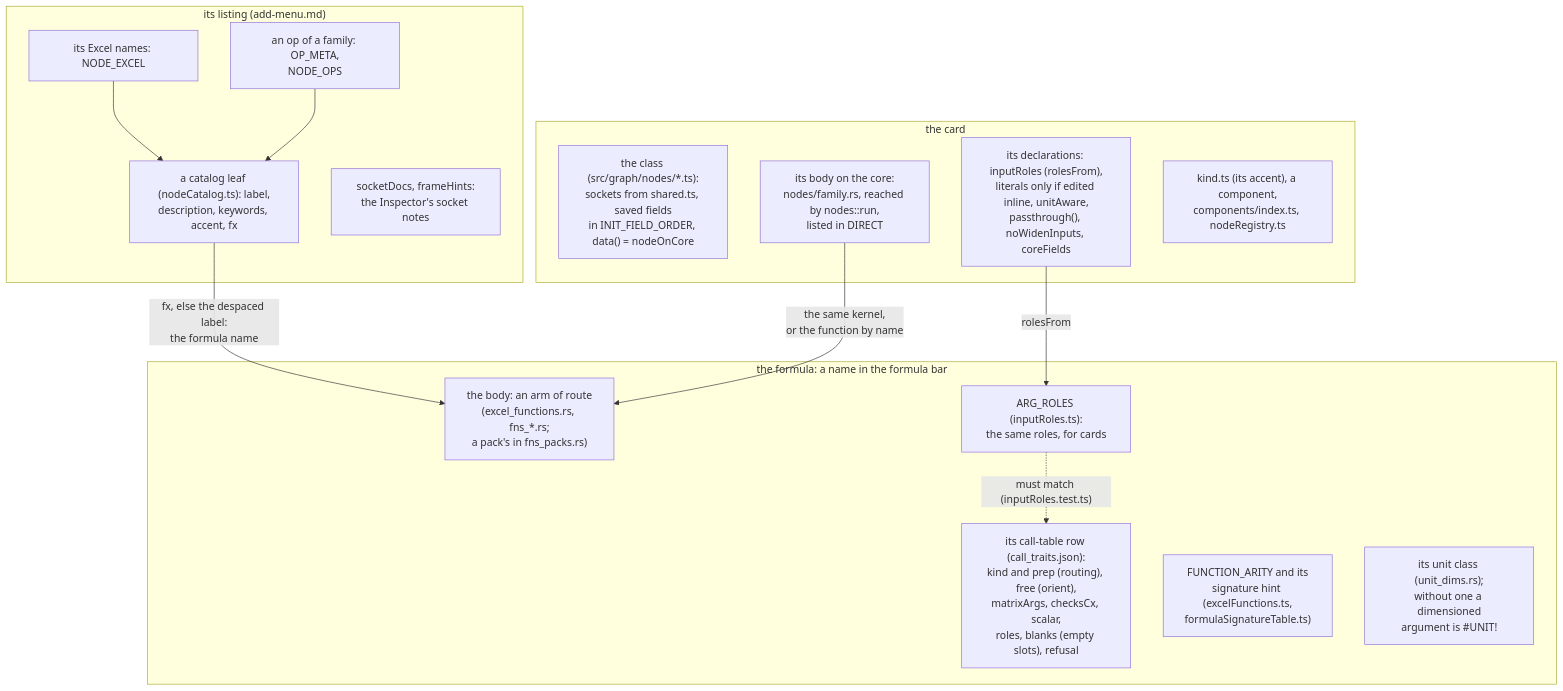
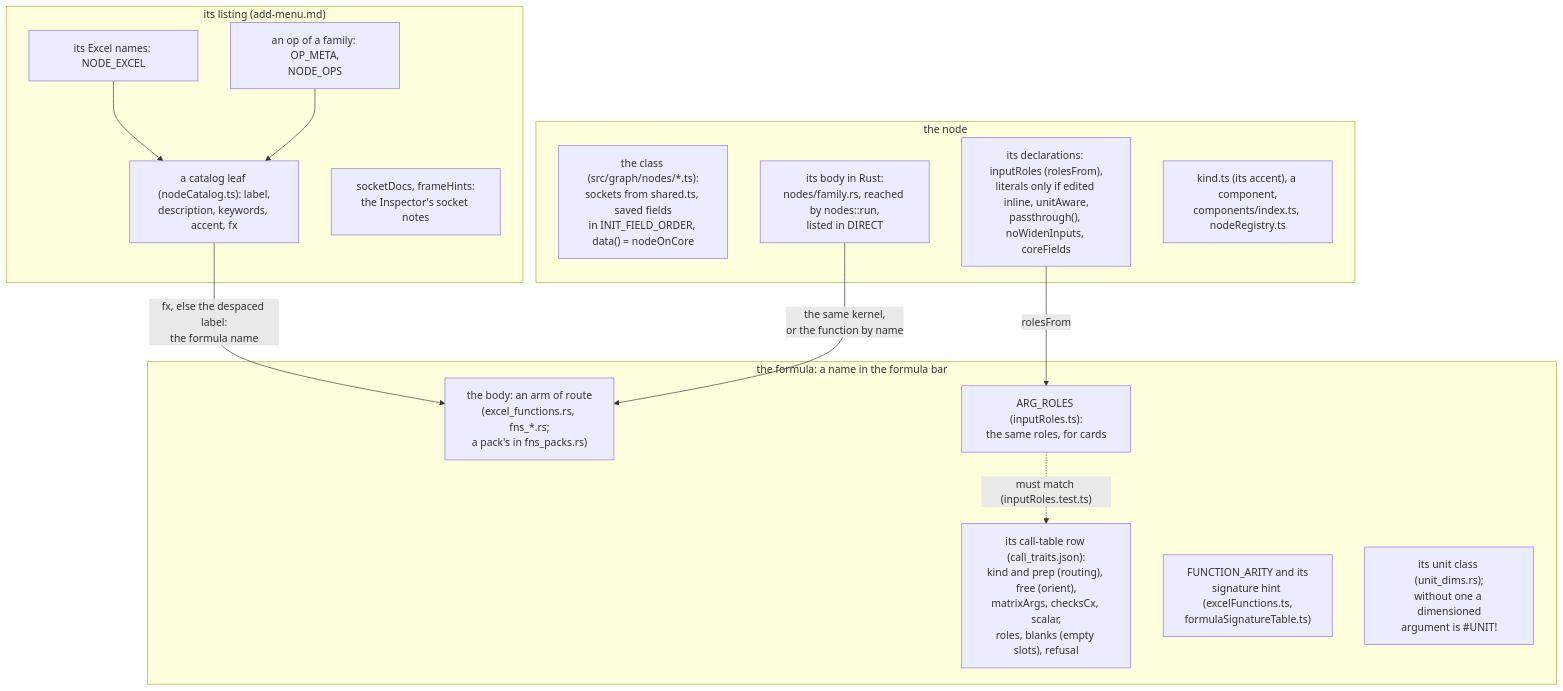
One commit to bubba8587/solenoid changed the second of 5 diagrams in tree/specs/floors/node-classes.md. Above: the diagram before and after it, drawn with Mermaid. The commit also changed other lines of this file and 282 other files, not shown here.

````diff
--- a/tree/specs/floors/node-classes.md
+++ b/tree/specs/floors/node-classes.md
@@ -46,28 +41,28 @@
 ```mermaid
 flowchart TB
     subgraph formula["the formula: a name in the formula bar"]
         fbody["the body: an arm of route<br>(excel_functions.rs, fns_*.rs;<br>a pack's in fns_packs.rs)"]
         traits["its call-table row (call_traits.json):<br>kind and prep (routing), free (orient),<br>matrixArgs, checksCx, scalar,<br>roles, blanks (empty slots), refusal"]
         arity["FUNCTION_ARITY and its<br>signature hint (excelFunctions.ts,<br>formulaSignatureTable.ts)"]
         roles["ARG_ROLES (inputRoles.ts):<br>the same roles, for cards"]
         units["its unit class (unit_dims.rs);<br>without one a dimensioned<br>argument is #UNIT!"]
     end
-    subgraph card["the card"]
+    subgraph card["the node"]
         cls["the class (src/graph/nodes/*.ts):<br>sockets from shared.ts, saved fields<br>in INIT_FIELD_ORDER, data() = nodeOnCore"]
         decl["its declarations: inputRoles (rolesFrom),<br>literals only if edited inline, unitAware,<br>passthrough(), noWidenInputs, coreFields"]
-        cbody["its body on the core:<br>nodes/family.rs, reached by nodes::run,<br>listed in DIRECT"]
+        cbody["its body in Rust:<br>nodes/family.rs, reached by nodes::run,<br>listed in DIRECT"]
         ui["kind.ts (its accent), a component,<br>components/index.ts, nodeRegistry.ts"]
     end
     subgraph find["its listing (add-menu.md)"]
         leaf["a catalog leaf (nodeCatalog.ts): label,<br>description, keywords, accent, fx"]
         ops["an op of a family: OP_META,<br>NODE_OPS"]
         excel["its Excel names: NODE_EXCEL"]
         insp["socketDocs, frameHints:<br>the Inspector's socket notes"]
     end
     cbody -->|"the same kernel,<br>or the function by name"| fbody
     decl -->|"rolesFrom"| roles
     roles -.->|"must match (inputRoles.test.ts)"| traits
     leaf -->|"fx, else the despaced label:<br>the formula name"| fbody
     ops --> leaf
     excel --> leaf
 ```
````
